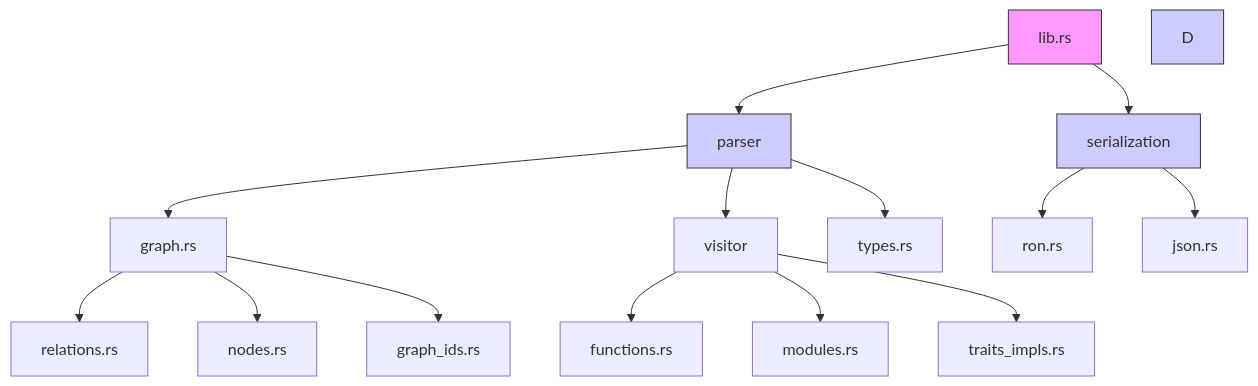
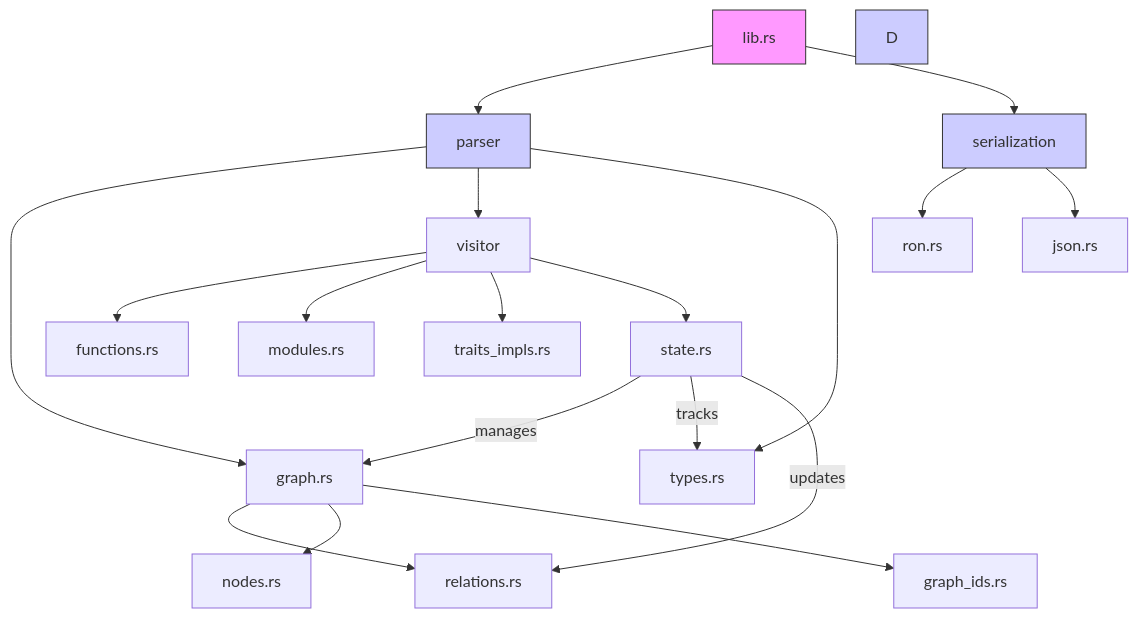
The third of 5 diagrams in project_description.md (josephleblanc/syn_parser), drawn with Mermaid before and after one commit. The commit also changed other lines of this file and 1 other file, not shown here.

Commit message:
docs: Document visitor state and update architecture diagrams

````diff
--- a/project_description.md
+++ b/project_description.md
@@ -486,25 +557,30 @@
 ```mermaid
 graph TD
     A[lib.rs] --> B[parser]
     A --> C[serialization]
     
     B --> E[graph.rs]
     B --> F[visitor]
     B --> G[types.rs]
     
     E --> H[relations.rs]
     E --> I[nodes.rs]
     E --> J[graph_ids.rs]
     
     F --> K[functions.rs]
     F --> L[modules.rs]
     F --> M[traits_impls.rs]
+    F --> P[state.rs]
     
     C --> N[ron.rs]
     C --> O[json.rs]
+    
+    P -->|manages| E
+    P -->|tracks| G
+    P -->|updates| H
     
     style A fill:#f9f,stroke:#333
     style B fill:#ccf,stroke:#333
     style C fill:#ccf,stroke:#333
     style D fill:#ccf,stroke:#333
 ```
````
